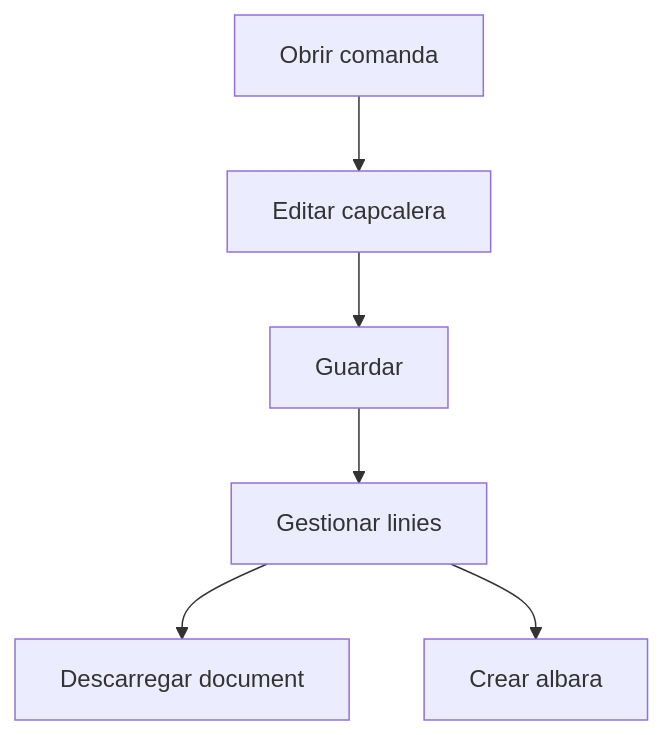
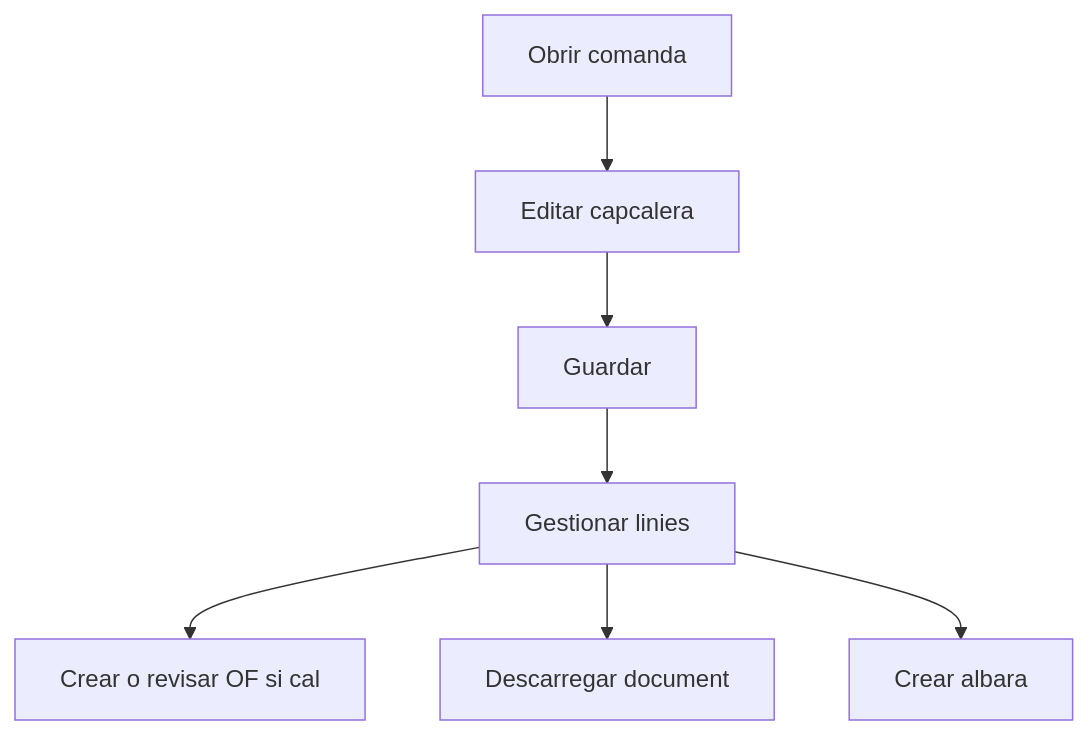
The diagram in frontend/src/help/ca/sales/salesorder/detail.md (MGurtD/lilith), drawn with Mermaid before and after one commit. The commit also changed other lines of this file and 15 other files, not shown here.

````diff
--- a/frontend/src/help/ca/sales/salesorder/detail.md
+++ b/frontend/src/help/ca/sales/salesorder/detail.md
@@ -30,8 +41,9 @@
 ```mermaid
 flowchart TD
     A[Obrir comanda] --> B[Editar capcalera]
     B --> C[Guardar]
     C --> D[Gestionar linies]
-    D --> E[Descarregar document]
-    D --> F[Crear albara]
+    D --> E[Crear o revisar OF si cal]
+    D --> F[Descarregar document]
+    D --> G[Crear albara]
 ```
````
